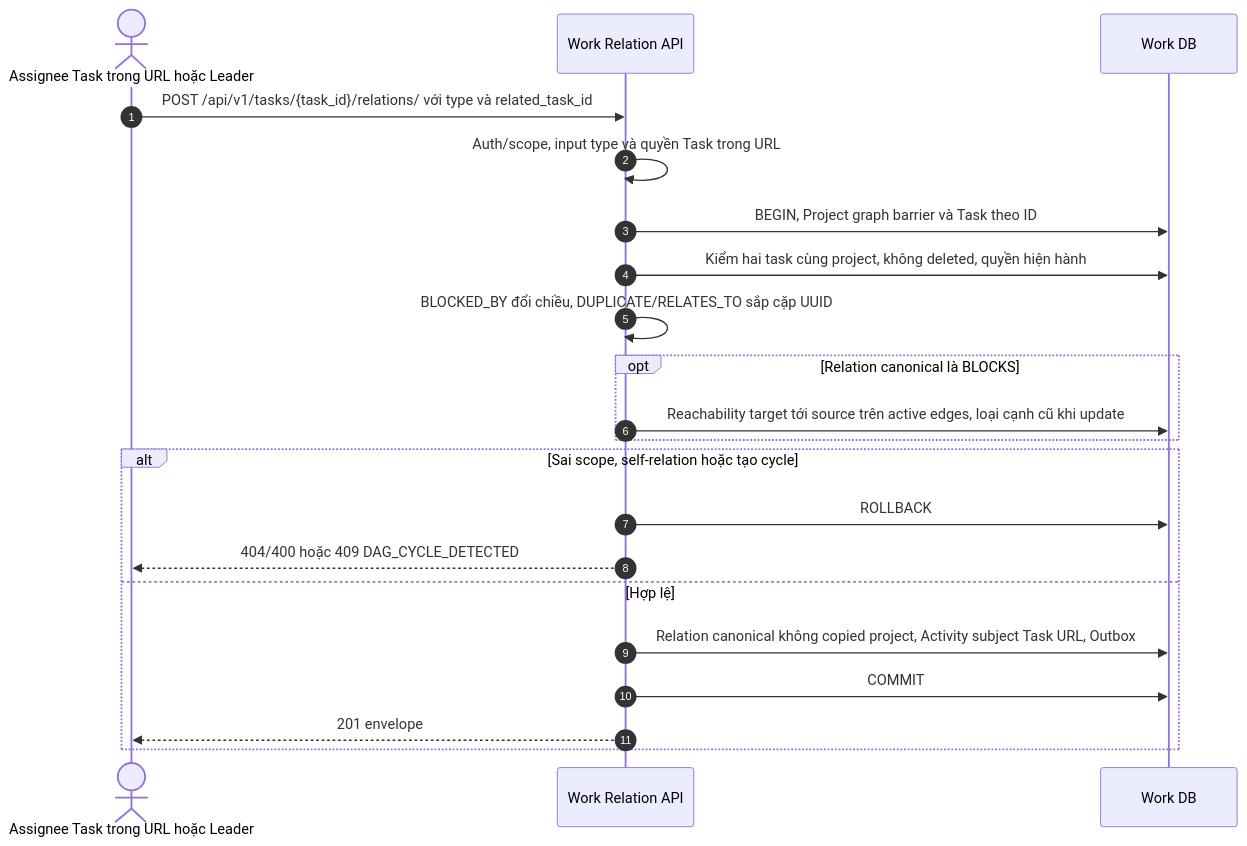
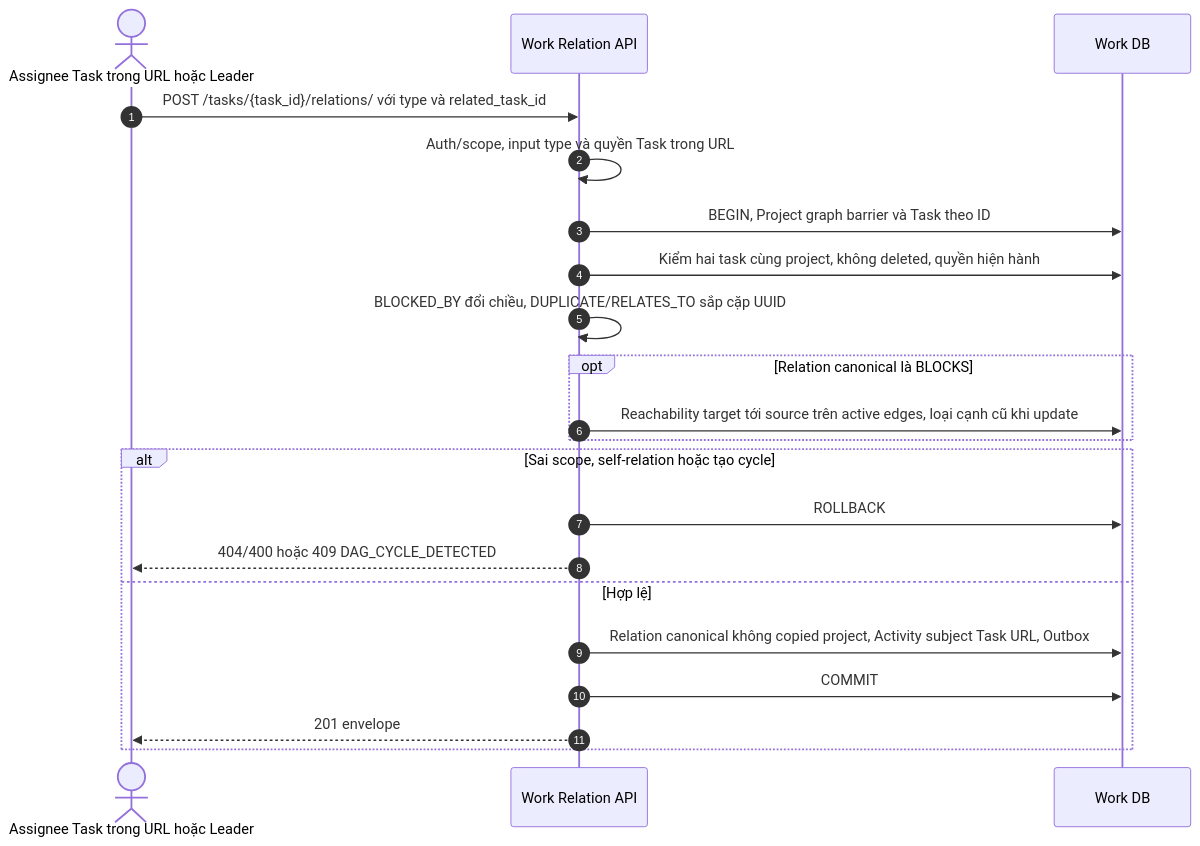
The fifth of 12 diagrams in docs/diagram/work-service/sequence.md (TriNguyenThanh/UTask), drawn with Mermaid before and after one commit. The commit also changed other lines of this file and 68 other files, not shown here.

````diff
--- a/docs/diagram/work-service/sequence.md
+++ b/docs/diagram/work-service/sequence.md
@@ -183,23 +183,23 @@
 ```mermaid
 sequenceDiagram
     autonumber
     actor U as Assignee Task trong URL hoặc Leader
     participant A as Work Relation API
     participant D as Work DB
-    U->>A: POST /api/v1/tasks/{task_id}/relations/ với type và related_task_id
+    U->>A: POST /tasks/{task_id}/relations/ với type và related_task_id
     A->>A: Auth/scope, input type và quyền Task trong URL
     A->>D: BEGIN, Project graph barrier và Task theo ID
     A->>D: Kiểm hai task cùng project, không deleted, quyền hiện hành
     A->>A: BLOCKED_BY đổi chiều, DUPLICATE/RELATES_TO sắp cặp UUID
     opt Relation canonical là BLOCKS
         A->>D: Reachability target tới source trên active edges, loại cạnh cũ khi update
     end
     alt Sai scope, self-relation hoặc tạo cycle
         A->>D: ROLLBACK
         A-->>U: 404/400 hoặc 409 DAG_CYCLE_DETECTED
     else Hợp lệ
         A->>D: Relation canonical không copied project, Activity subject Task URL, Outbox
         A->>D: COMMIT
         A-->>U: 201 envelope
     end
 ```
````
